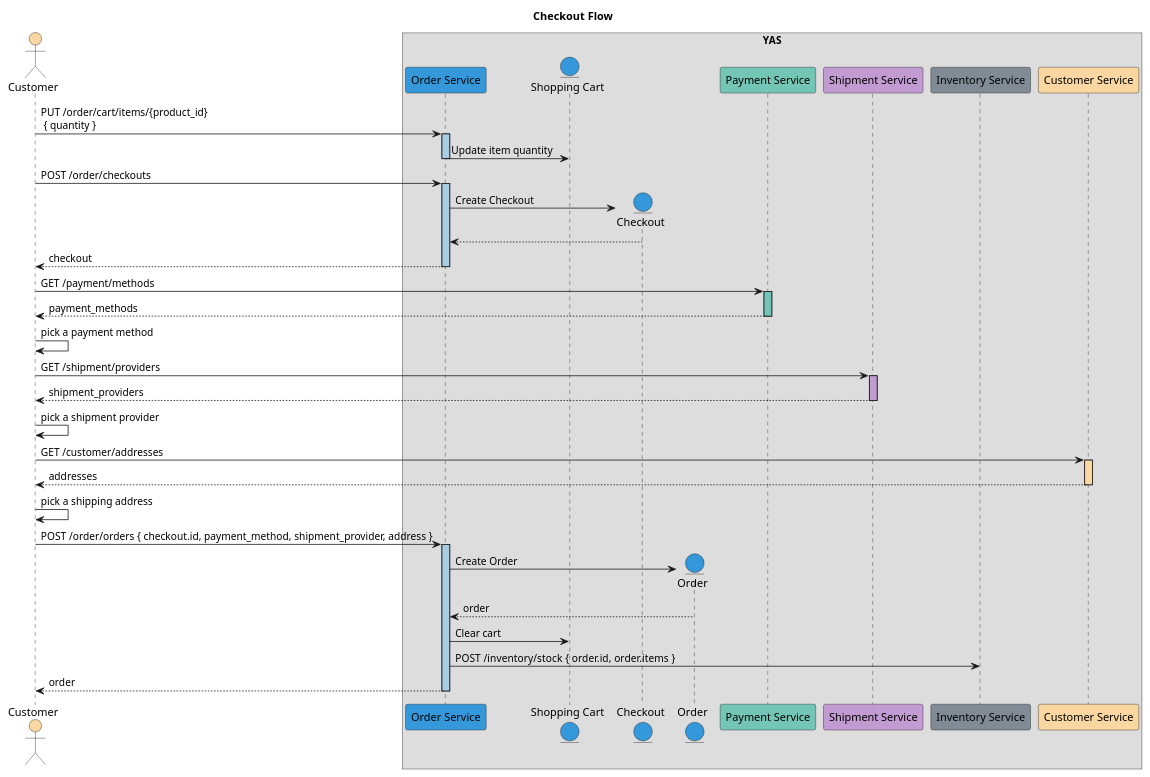
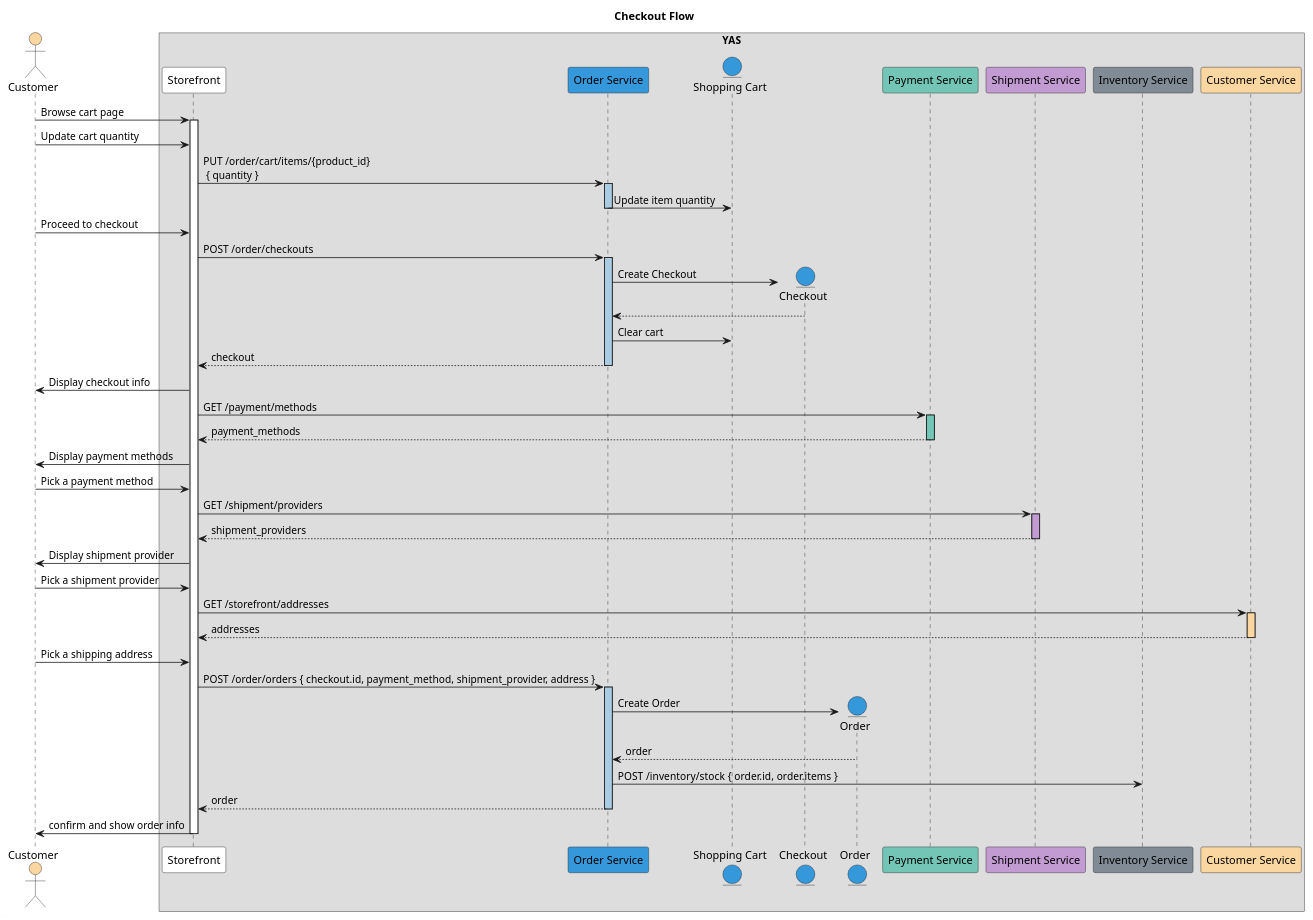
One commit to nashtech-garage/yas changed the diagram in docs/design/order-flows/diagrams/checkout.seq.puml. Above: the diagram before and after it, drawn with PlantUML. The commit also changed 1 other file, not shown here.

Commit message:
Update checkout sequence diagram

```diff
--- a/docs/design/order-flows/diagrams/checkout.seq.puml
+++ b/docs/design/order-flows/diagrams/checkout.seq.puml
@@ -1,58 +1,65 @@
 @startuml Checkout Flow
 
 title Checkout Flow
 
 actor Customer as customer #fad7a0
 
 box YAS 
+    participant "Storefront" as storefront #ffffff 
     participant "Order Service" as order_service #3498db
     entity "Shopping Cart" as shopping_cart #3498db
     entity "Checkout" as checkout #3498db
     entity "Order" as order #3498db
     participant "Payment Service" as payment_service #73c6b6
     participant "Shipment Service" as shipment_service #c39bd3
     participant "Inventory Service" as inventory_service #808b96
     participant "Customer Service" as customer_service #fad7a0
 end box 
 
-customer -> order_service: PUT /order/cart/items/{product_id} \n { quantity }
+customer -> storefront: Browse cart page
+activate storefront #ffffff
+customer -> storefront: Update cart quantity
+storefront -> order_service: PUT /order/cart/items/{product_id} \n { quantity }
 activate order_service #a9cce3
   order_service -> shopping_cart: Update item quantity
 deactivate order_service
 
-customer -> order_service: POST /order/checkouts
+customer -> storefront: Proceed to checkout
+storefront -> order_service: POST /order/checkouts
 activate order_service #a9cce3
   order_service -> checkout **: Create Checkout
   order_service <-- checkout
-  customer <-- order_service: checkout
+  order_service -> shopping_cart: Clear cart
+  storefront <-- order_service: checkout
 deactivate order_service
+storefront -> customer: Display checkout info
+storefront -> payment_service: GET /payment/methods
+activate payment_service #73c6b6
+  storefront <-- payment_service: payment_methods
+deactivate payment_service
+storefront -> customer: Display payment methods
+customer -> storefront: Pick a payment method
 
-customer -> payment_service: GET /payment/methods
-activate payment_service #73c6b6
-  customer <-- payment_service: payment_methods
-deactivate payment_service
+storefront -> shipment_service: GET /shipment/providers
+activate shipment_service #c39bd3
+  storefront <-- shipment_service: shipment_providers
+deactivate shipment_service
+storefront -> customer: Display shipment provider
+customer -> storefront: Pick a shipment provider
 
-customer -> customer: pick a payment method
+storefront -> customer_service: GET /storefront/addresses
+activate customer_service #fad7a0
+  storefront <-- customer_service: addresses
+deactivate customer_service
+customer -> storefront: Pick a shipping address
 
-customer -> shipment_service: GET /shipment/providers
-activate shipment_service #c39bd3
-  customer <-- shipment_service: shipment_providers
-deactivate shipment_service
-customer -> customer: pick a shipment provider
-
-customer -> customer_service: GET /customer/addresses
-activate customer_service #fad7a0
-  customer <-- customer_service: addresses
-deactivate customer_service
-customer -> customer: pick a shipping address
-
-customer -> order_service: POST /order/orders { checkout.id, payment_method, shipment_provider, address } 
+storefront -> order_service: POST /order/orders { checkout.id, payment_method, shipment_provider, address } 
 activate order_service #a9cce3
   order_service -> order **: Create Order
   order_service <-- order: order
-  order_service -> shopping_cart: Clear cart
   order_service -> inventory_service: POST /inventory/stock { order.id, order.items }
-  customer <-- order_service: order
+  storefront <-- order_service: order
 deactivate order_service
-
+storefront -> customer: confirm and show order info
+deactivate storefront
 @enduml
```
